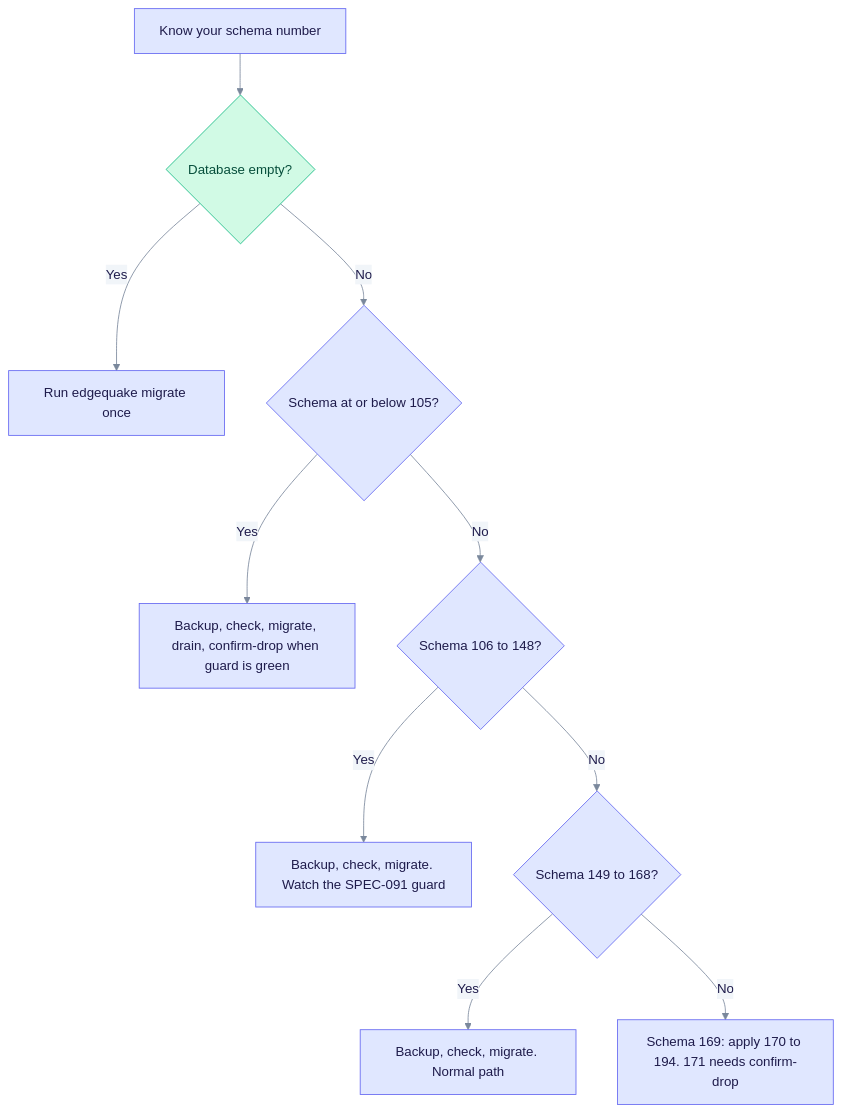
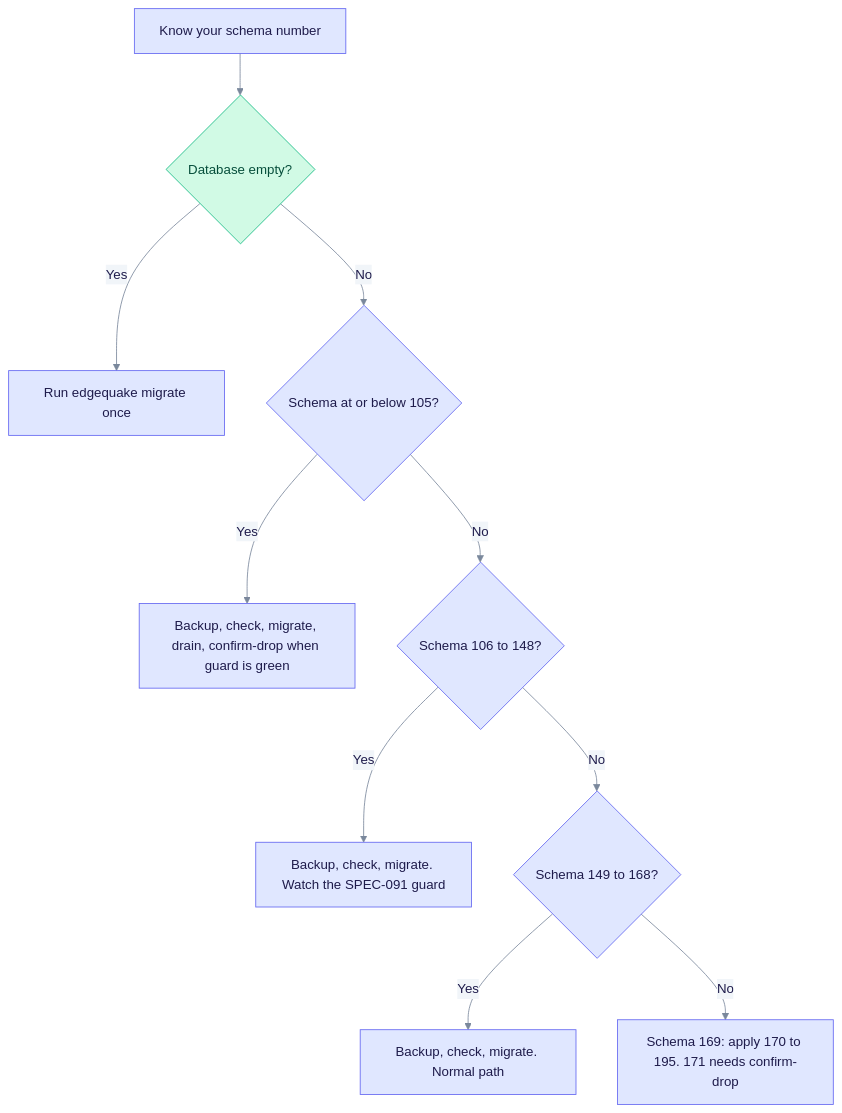
The first of 3 diagrams in docs/operations/upgrading.md (YatchiYa/edgequake), drawn with Mermaid before and after one commit. The commit also changed other lines of this file and 11 other files, not shown here.

````diff
--- a/docs/operations/upgrading.md
+++ b/docs/operations/upgrading.md
@@ -24,17 +24,17 @@
 ```mermaid
 %%{init: {"theme":"base","themeVariables":{"primaryColor":"#E0E7FF","primaryBorderColor":"#6366F1","primaryTextColor":"#1E1B4B","secondaryColor":"#D1FAE5","secondaryBorderColor":"#10B981","secondaryTextColor":"#064E3B","tertiaryColor":"#FEF3C7","tertiaryBorderColor":"#F59E0B","tertiaryTextColor":"#6B7A90","lineColor":"#7A889C","clusterBkg":"rgba(99,102,241,0.07)","clusterBorder":"#A5B4FC","noteBkgColor":"#FEF9C3","noteTextColor":"#422006","textColor":"#6B7A90","titleColor":"#6B7A90","signalColor":"#7A889C","signalTextColor":"#6B7A90","loopTextColor":"#6B7A90","edgeLabelBackground":"#F1F5F9","actorLineColor":"#94A3B8"}}}%%
 %% eq-theme:v1
 flowchart TD
   A["Know your schema number"] --> B{"Database empty?"}
   B -->|Yes| C["Run edgequake migrate once"]
   B -->|No| D{"Schema at or below 105?"}
   D -->|Yes| E["Backup, check, migrate, drain, confirm-drop when guard is green"]
   D -->|No| F{"Schema 106 to 148?"}
   F -->|Yes| G["Backup, check, migrate. Watch the SPEC-091 guard"]
   F -->|No| H{"Schema 149 to 168?"}
   H -->|Yes| I["Backup, check, migrate. Normal path"]
-  H -->|No| J["Schema 169: apply 170 to 194. 171 needs confirm-drop"]
+  H -->|No| J["Schema 169: apply 170 to 195. 171 needs confirm-drop"]
 %% eq-classes
 classDef eqStore fill:#D1FAE5,stroke:#10B981,color:#064E3B
 class B eqStore
 ```
````
